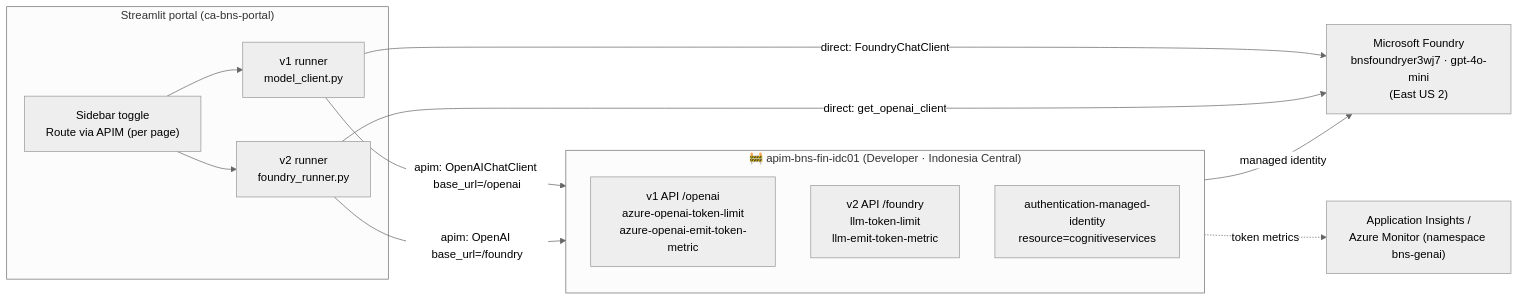
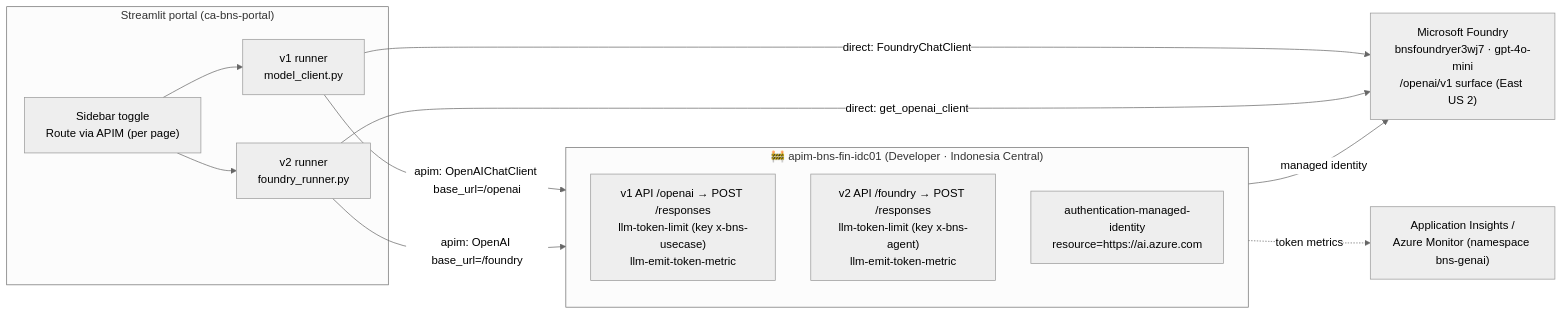
The first of 3 diagrams in docs-foundry-v2/10-apim-implementation-reference.md (sandy-gunawan/FSI_AgentiAI), drawn with Mermaid (neutral theme) before and after one commit. The commit also changed other lines of this file and 4 other files, not shown here.

Commit message:
APIM Phase 6: wire v1+v2 responses APIs, llm-* policies (infra/apim), probe; correct docs to verified deployment (ai.azure.com audience, /responses, inbound emit)

````diff
--- a/docs-foundry-v2/10-apim-implementation-reference.md
+++ b/docs-foundry-v2/10-apim-implementation-reference.md
@@ -53,25 +66,25 @@
 ```mermaid
 flowchart LR
     subgraph Portal["Streamlit portal (ca-bns-portal)"]
       TOG["Sidebar toggle<br/>Route via APIM (per page)"]
       V1["v1 runner<br/>model_client.py"]
       V2["v2 runner<br/>foundry_runner.py"]
       TOG --> V1
       TOG --> V2
     end
 
     V1 -->|direct: FoundryChatClient| FDN
     V2 -->|direct: get_openai_client| FDN
 
     V1 -->|apim: OpenAIChatClient base_url=/openai| APIM
     V2 -->|apim: OpenAI base_url=/foundry| APIM
 
     subgraph APIM["🚧 apim-bns-fin-idc01 (Developer · Indonesia Central)"]
-      P1["v1 API /openai<br/>azure-openai-token-limit<br/>azure-openai-emit-token-metric"]
-      P2["v2 API /foundry<br/>llm-token-limit<br/>llm-emit-token-metric"]
-      MI["authentication-managed-identity<br/>resource=cognitiveservices"]
+      P1["v1 API /openai → POST /responses<br/>llm-token-limit (key x-bns-usecase)<br/>llm-emit-token-metric"]
+      P2["v2 API /foundry → POST /responses<br/>llm-token-limit (key x-bns-agent)<br/>llm-emit-token-metric"]
+      MI["authentication-managed-identity<br/>resource=https://ai.azure.com"]
     end
 
-    APIM -->|managed identity| FDN["Microsoft Foundry<br/>bnsfoundryer3wj7 · gpt-4o-mini<br/>(East US 2)"]
+    APIM -->|managed identity| FDN["Microsoft Foundry<br/>bnsfoundryer3wj7 · gpt-4o-mini<br/>/openai/v1 surface (East US 2)"]
     APIM -. token metrics .-> AI["Application Insights /<br/>Azure Monitor (namespace bns-genai)"]
 ```
````
